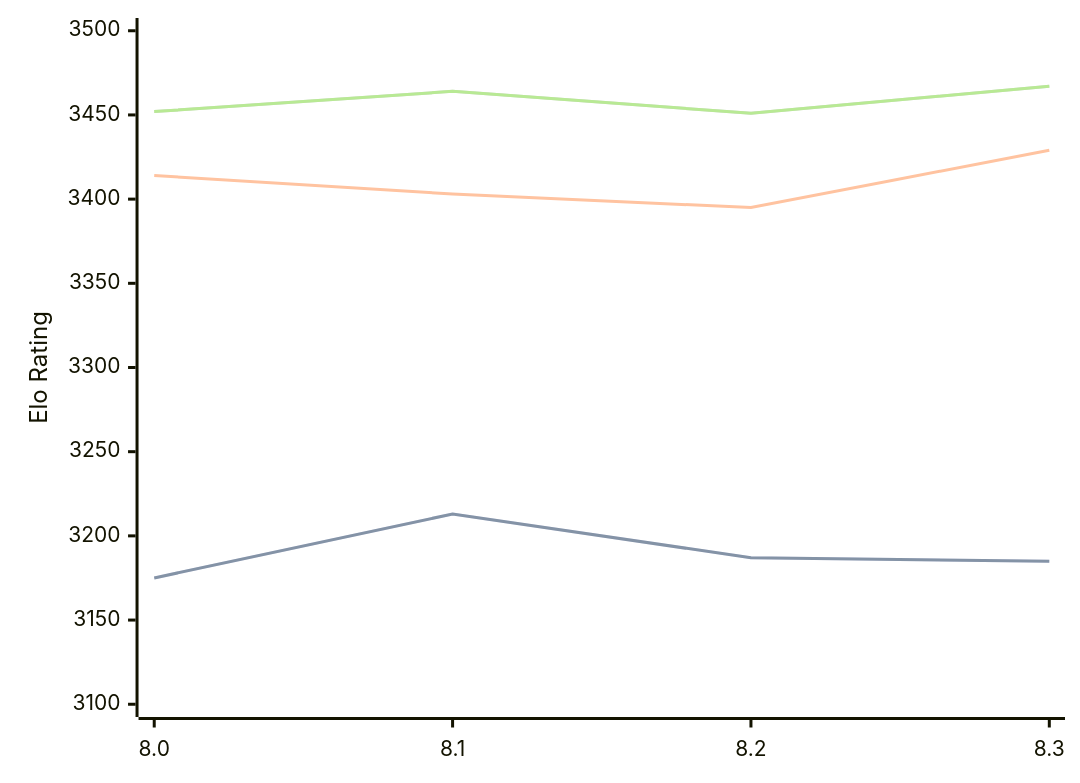
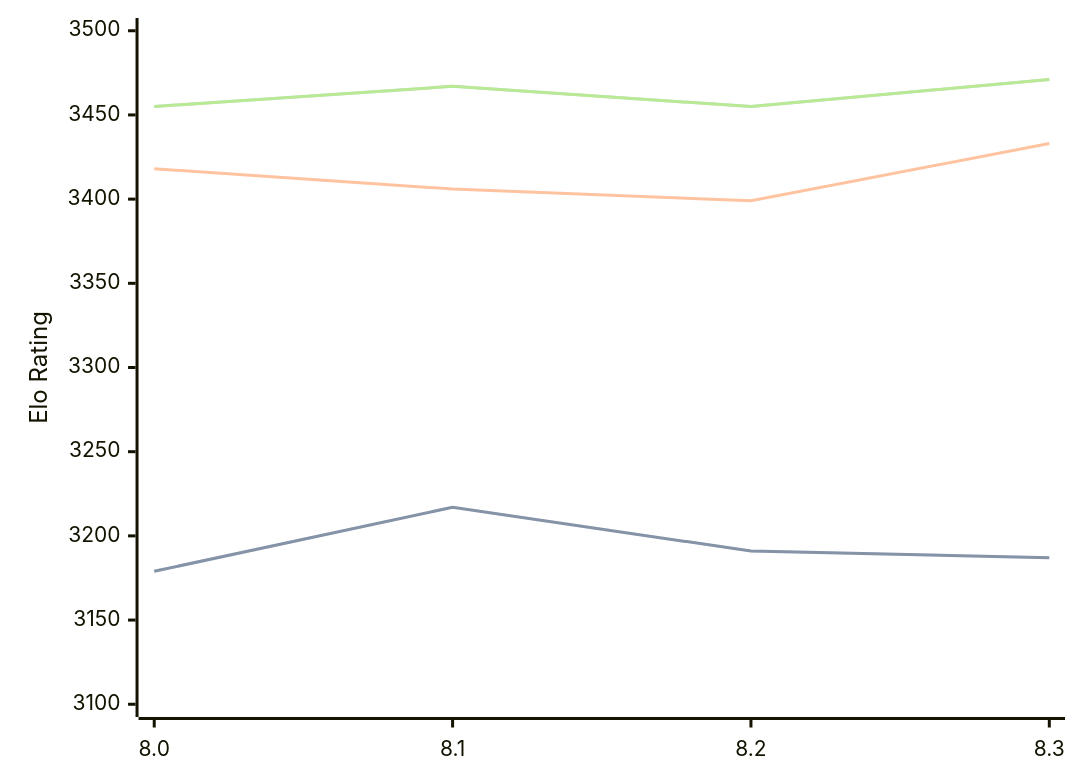
Before and after one commit to computer-chess-index/cci: the diagram in engines/Alexander.md, drawn with Mermaid. The commit also changed other lines of this file, not shown here.

Commit message:
Update CCI Ratings (ELO VLTC) - 2026-04-30

````diff
--- a/engines/Alexander.md
+++ b/engines/Alexander.md
@@ -48,11 +48,11 @@
 ```mermaid
 %%{init: {"theme":"base","themeVariables":{"seriesColors:['#a3a3a3','#222221','#faa371']}}}%%
 xychart-beta
   x-axis ["8.0", "8.1", "8.2", "8.3"]
   y-axis "Elo Rating" 3100 --> 3500
-  line "STC (8.0+0.08s)" [3175, 3213, 3187, 3185]
-  line "STC (8.0+0.08s)" [3175, 3213, 3187, 3185]
-  line "LTC (60.0+0.60s)" [3414, 3403, 3395, 3429]
-  line "VLTC (2m24s+1.12s)" [3452, 3464, 3451, 3467]
-  line "VLTC (2m24s+1.12s)" [3452, 3464, 3451, 3467]
+  line "STC (8.0+0.08s)" [3179, 3217, 3191, 3187]
+  line "STC (8.0+0.08s)" [3179, 3217, 3191, 3187]
+  line "LTC (60.0+0.60s)" [3418, 3406, 3399, 3433]
+  line "VLTC (2m24s+1.12s)" [3455, 3467, 3455, 3471]
+  line "VLTC (2m24s+1.12s)" [3455, 3467, 3455, 3471]
 ```
````
